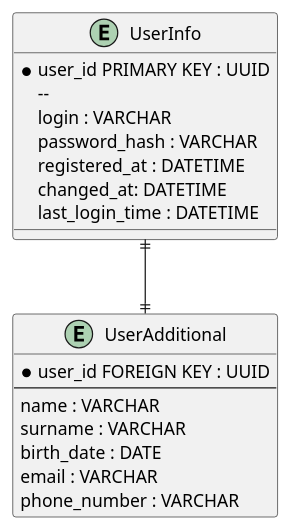
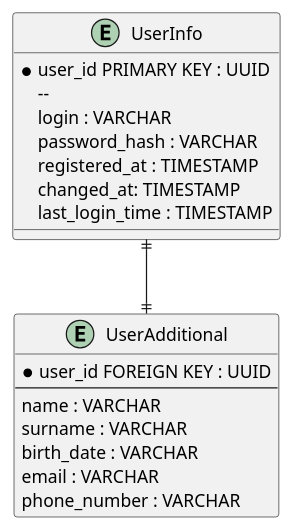
One commit to Doughnutik/SOA-HSE changed the diagram in user_service/database/db.puml. Above: the diagram before and after it, drawn with PlantUML. The commit also changed 6 other files, not shown here.

```diff
--- a/user_service/database/db.puml
+++ b/user_service/database/db.puml
@@ -1,25 +1,25 @@
 @startuml
 
 entity "UserInfo" {
 	* user_id PRIMARY KEY : UUID
   	--
   	login : VARCHAR
   	password_hash : VARCHAR
-	registered_at : DATETIME
-	changed_at: DATETIME
-	last_login_time : DATETIME
+	registered_at : TIMESTAMP
+	changed_at: TIMESTAMP
+	last_login_time : TIMESTAMP
 }
 
 entity "UserAdditional" {
   	* user_id FOREIGN KEY : UUID
   	--
 	name : VARCHAR
   	surname : VARCHAR
-	birth_date : DATE
+	birth_date : VARCHAR
 	email : VARCHAR
 	phone_number : VARCHAR
 }
 
 UserInfo ||--|| UserAdditional
   
 @enduml
```
